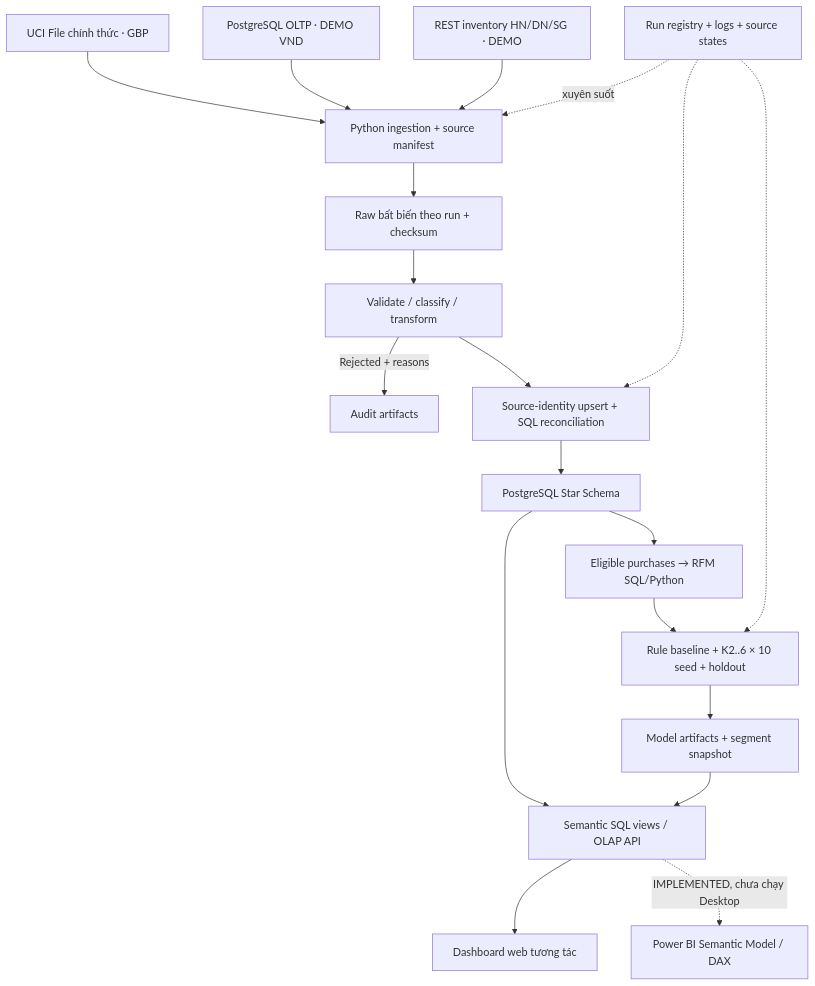
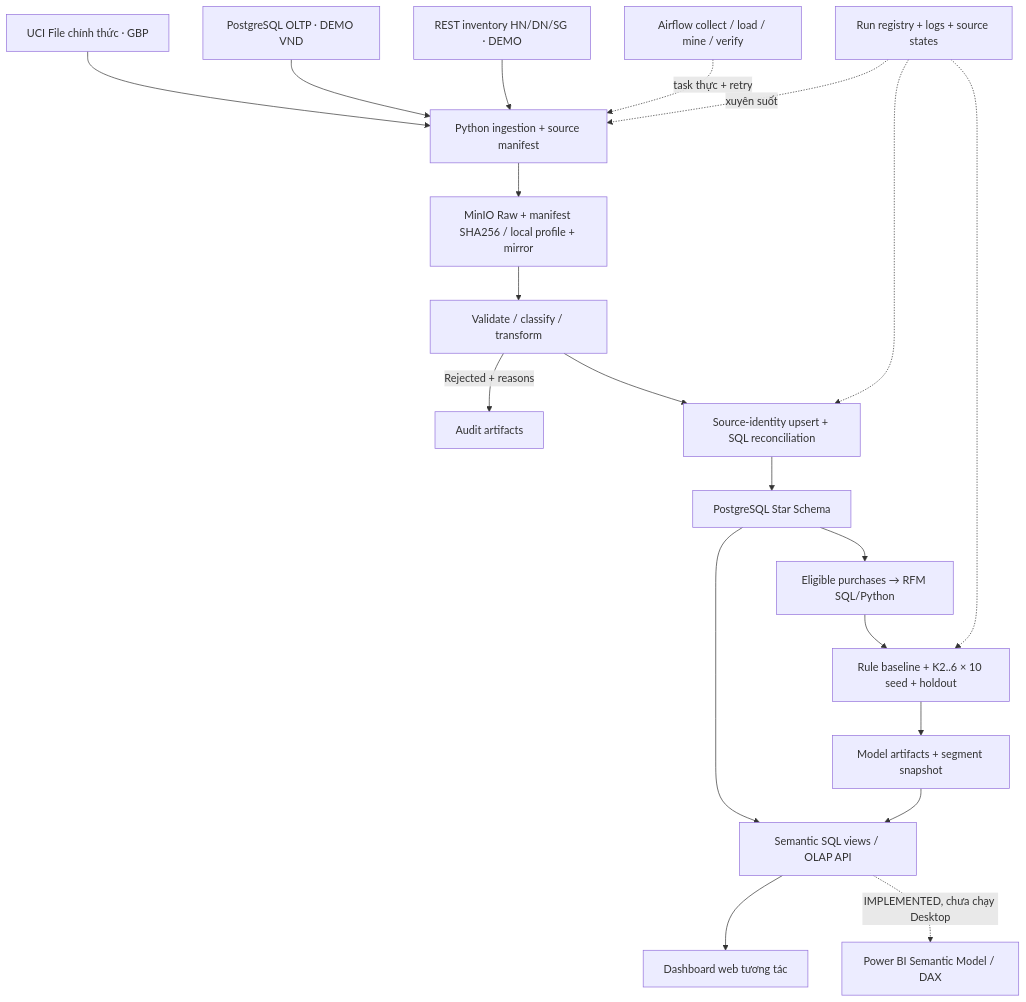
Before and after one commit to VIENDANBACK5/RetailPulse: the diagram in docs/SYSTEM_ARCHITECTURE.md, drawn with Mermaid. The commit also changed other lines of this file and 93 other files, not shown here.

````diff
--- a/docs/SYSTEM_ARCHITECTURE.md
+++ b/docs/SYSTEM_ARCHITECTURE.md
@@ -5,21 +5,22 @@
 ```mermaid
 flowchart TD
   U[UCI File chính thức · GBP] --> I[Python ingestion + source manifest]
   O[PostgreSQL OLTP · DEMO VND] --> I
   A[REST inventory HN/DN/SG · DEMO] --> I
-  I --> R[Raw bất biến theo run + checksum]
+  I --> R[MinIO Raw + manifest SHA256 / local profile + mirror]
+  AF[Airflow collect / load / mine / verify] -. task thực + retry .-> I
   R --> V[Validate / classify / transform]
   V -->|Rejected + reasons| Q[Audit artifacts]
   V --> L[Source-identity upsert + SQL reconciliation]
   L --> W[PostgreSQL Star Schema]
   W --> S[Semantic SQL views / OLAP API]
   W --> M[Eligible purchases → RFM SQL/Python]
   M --> E[Rule baseline + K2..6 × 10 seed + holdout]
   E --> C[Model artifacts + segment snapshot]
   C --> S
   S --> B[Dashboard web tương tác]
   S -. IMPLEMENTED, chưa chạy Desktop .-> P[Power BI Semantic Model / DAX]
   G[Run registry + logs + source states] -. xuyên suốt .-> I
   G -.-> L
   G -.-> E
 ```
````
